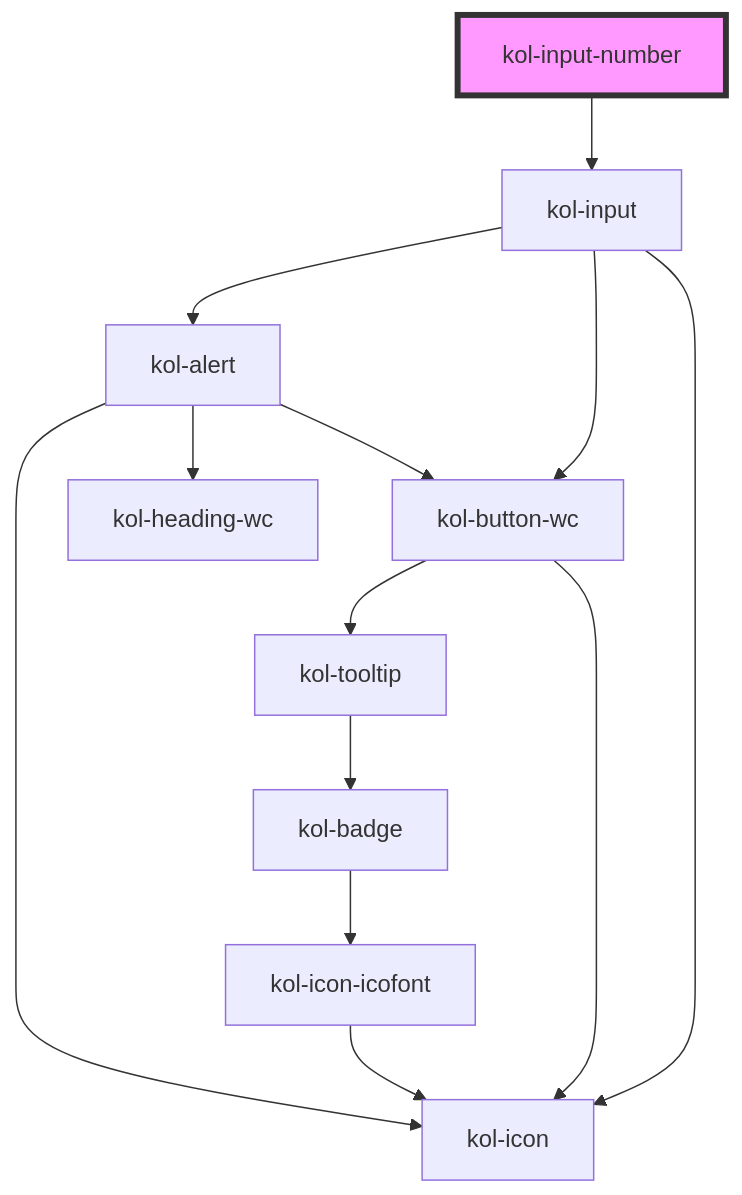
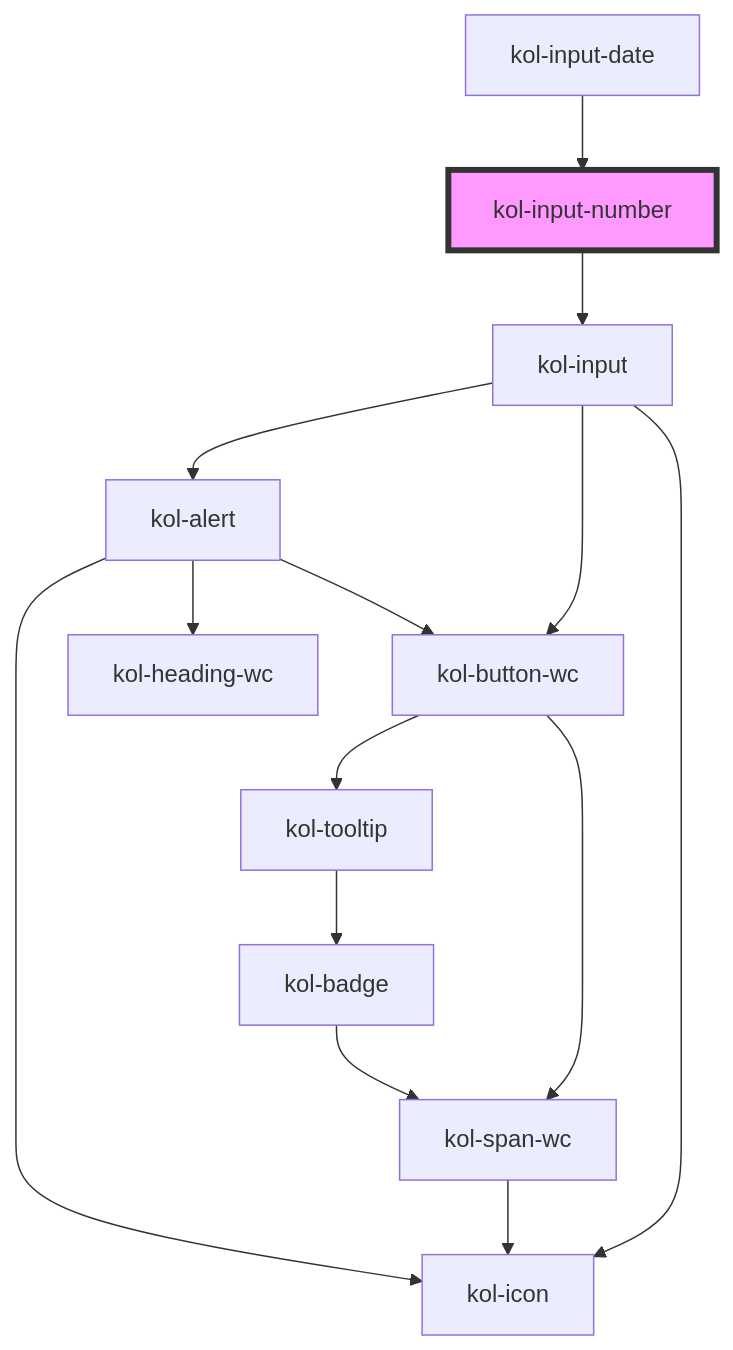
One commit to public-ui/kolibri changed the diagram in packages/library/src/components/input-number/readme.md. Above: the diagram before and after it, drawn with Mermaid. The commit also changed other lines of this file and 34 other files, not shown here.

````diff
--- a/packages/library/src/components/input-number/readme.md
+++ b/packages/library/src/components/input-number/readme.md
@@ -99,16 +103,17 @@
 ```mermaid
 graph TD;
   kol-input-number --> kol-input
   kol-input --> kol-icon
   kol-input --> kol-button-wc
   kol-input --> kol-alert
-  kol-button-wc --> kol-icon
+  kol-button-wc --> kol-span-wc
   kol-button-wc --> kol-tooltip
+  kol-span-wc --> kol-icon
   kol-tooltip --> kol-badge
-  kol-badge --> kol-icon-icofont
-  kol-icon-icofont --> kol-icon
+  kol-badge --> kol-span-wc
   kol-alert --> kol-heading-wc
   kol-alert --> kol-button-wc
   kol-alert --> kol-icon
+  kol-input-date --> kol-input-number
   style kol-input-number fill:#f9f,stroke:#333,stroke-width:4px
 ```
````
